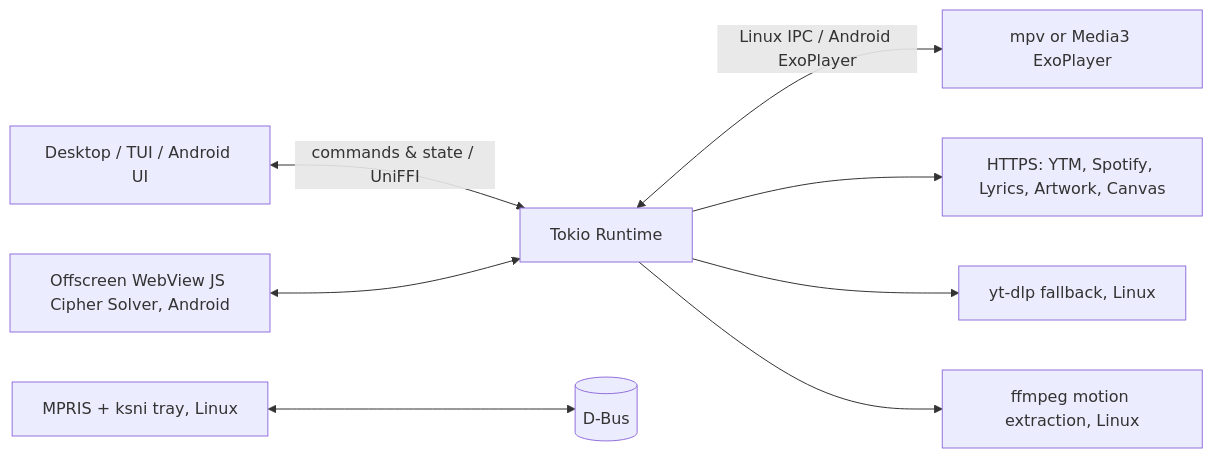
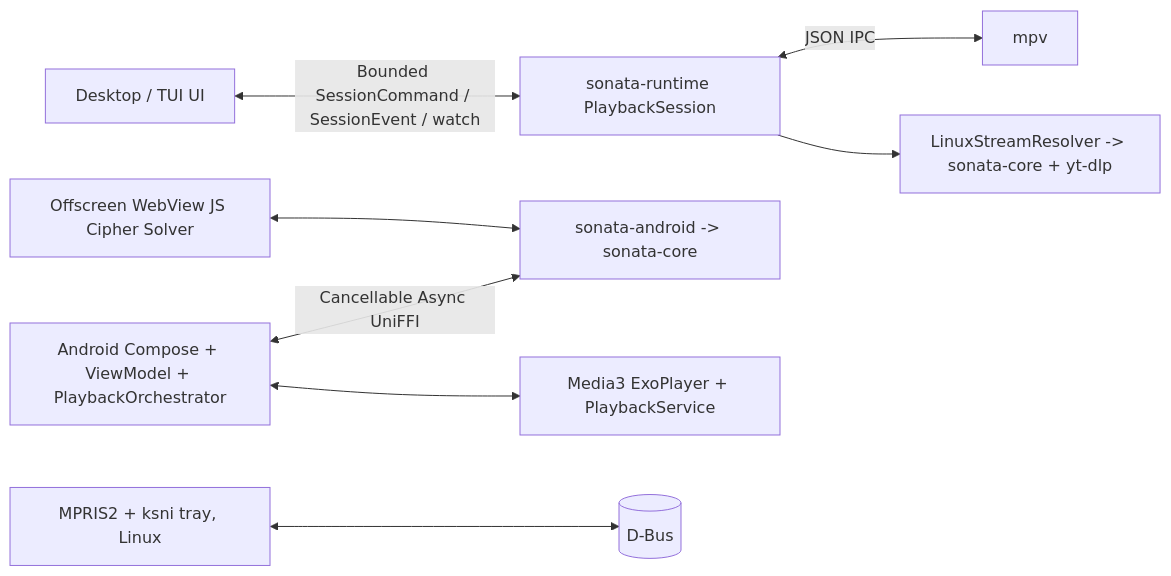
The second of 2 diagrams in docs/architecture.md (MehmetCanWT/sonata), drawn with Mermaid before and after one commit. The commit also changed other lines of this file and 172 other files, not shown here.

````diff
--- a/docs/architecture.md
+++ b/docs/architecture.md
@@ -48,10 +63,10 @@
 ```mermaid
 flowchart LR
-    UI[Desktop / TUI / Android UI] <-->|commands & state / UniFFI| BE[Tokio Runtime]
-    BE <-->|Linux IPC / Android ExoPlayer| AUDIO[mpv or Media3 ExoPlayer]
-    BE --> NET[HTTPS: YTM, Spotify, Lyrics, Artwork, Canvas]
-    BE --> YTDLP[yt-dlp fallback, Linux]
-    BE --> FFMPEG[ffmpeg motion extraction, Linux]
-    MPRISTH[MPRIS + ksni tray, Linux] <--> DBUS[(D-Bus)]
-    AND_WV[Offscreen WebView JS Cipher Solver, Android] <--> BE
+    UI[Desktop / TUI UI] <-->|Bounded SessionCommand / SessionEvent / watch| SESS[sonata-runtime PlaybackSession]
+    SESS <-->|JSON IPC| MPV[mpv]
+    SESS --> RT_RES[LinuxStreamResolver -> sonata-core + yt-dlp]
+    AND_UI[Android Compose + ViewModel + PlaybackOrchestrator] <-->|Cancellable Async UniFFI| AND_FFI[sonata-android -> sonata-core]
+    AND_UI <--> EXO[Media3 ExoPlayer + PlaybackService]
+    AND_WV[Offscreen WebView JS Cipher Solver] <--> AND_FFI
+    MPRISTH[MPRIS2 + ksni tray, Linux] <--> DBUS[(D-Bus)]
 ```
````
